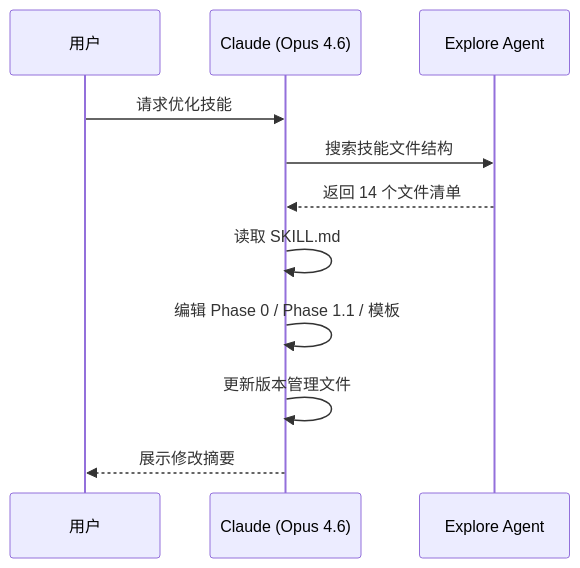
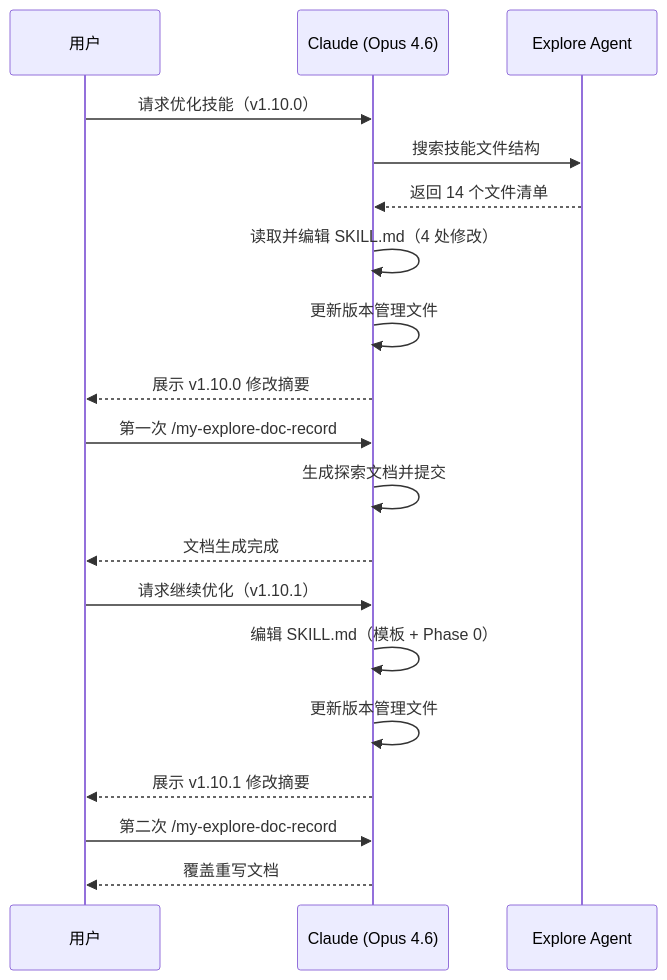
Before and after one commit to chujun/aiubuntu1-sh: the second of 7 diagrams in doc/ai-explore/2026-04-13-my-explore-doc-record技能优化实践探索之旅.md, drawn with Mermaid. The commit also changed other lines of this file, not shown here.

Commit message:
docs: 更新 AI 探索文档 - my-explore-doc-record技能优化实践探索之旅（v1.10.0+v1.10.1 合并）

````diff
--- a/doc/ai-explore/2026-04-13-my-explore-doc-record技能优化实践探索之旅.md
+++ b/doc/ai-explore/2026-04-13-my-explore-doc-record技能优化实践探索之旅.md
@@ -144,14 +152,22 @@
 ```mermaid
 sequenceDiagram
     participant U as 用户
     participant C as Claude (Opus 4.6)
     participant E as Explore Agent
 
-    U->>C: 请求优化技能
+    U->>C: 请求优化技能（v1.10.0）
     C->>E: 搜索技能文件结构
     E-->>C: 返回 14 个文件清单
-    C->>C: 读取 SKILL.md
-    C->>C: 编辑 Phase 0 / Phase 1.1 / 模板
+    C->>C: 读取并编辑 SKILL.md（4 处修改）
     C->>C: 更新版本管理文件
-    C-->>U: 展示修改摘要
+    C-->>U: 展示 v1.10.0 修改摘要
+    U->>C: 第一次 /my-explore-doc-record
+    C->>C: 生成探索文档并提交
+    C-->>U: 文档生成完成
+    U->>C: 请求继续优化（v1.10.1）
+    C->>C: 编辑 SKILL.md（模板 + Phase 0）
+    C->>C: 更新版本管理文件
+    C-->>U: 展示 v1.10.1 修改摘要
+    U->>C: 第二次 /my-explore-doc-record
+    C-->>U: 覆盖重写文档
 ```
````
